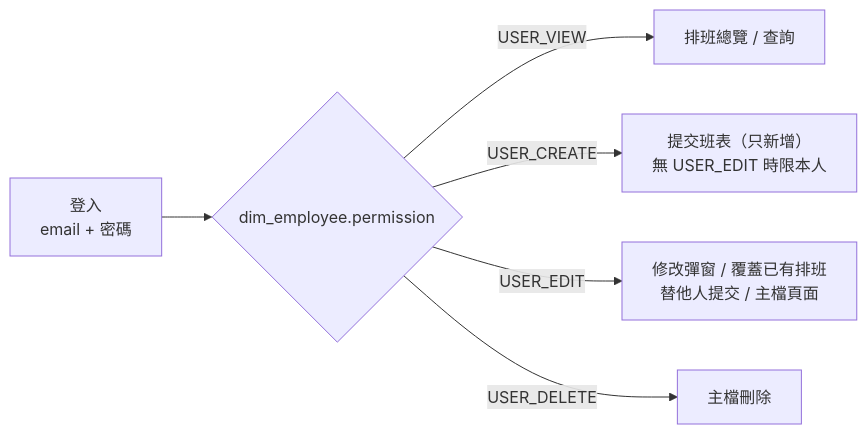
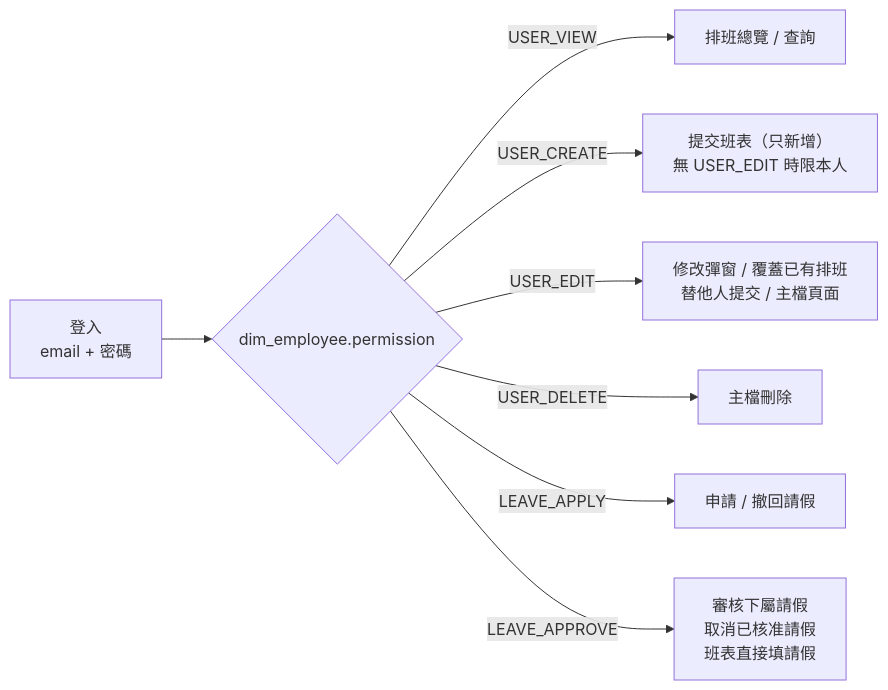
The fourth of 4 diagrams in db_structure.md (01080710/roster), drawn with Mermaid before and after one commit. The commit also changed other lines of this file and 6 other files, not shown here.

````diff
--- a/db_structure.md
+++ b/db_structure.md
@@ -186,8 +287,10 @@
 ```mermaid
 flowchart LR
     login["登入<br/>email + 密碼"] --> perm{"dim_employee.permission"}
     perm -->|USER_VIEW| view["排班總覽 / 查詢"]
     perm -->|USER_CREATE| create["提交班表（只新增）<br/>無 USER_EDIT 時限本人"]
     perm -->|USER_EDIT| edit["修改彈窗 / 覆蓋已有排班<br/>替他人提交 / 主檔頁面"]
     perm -->|USER_DELETE| del["主檔刪除"]
+    perm -->|LEAVE_APPLY| apply["申請 / 撤回請假"]
+    perm -->|LEAVE_APPROVE| approve["審核下屬請假<br/>取消已核准請假<br/>班表直接填請假"]
 ```
````
